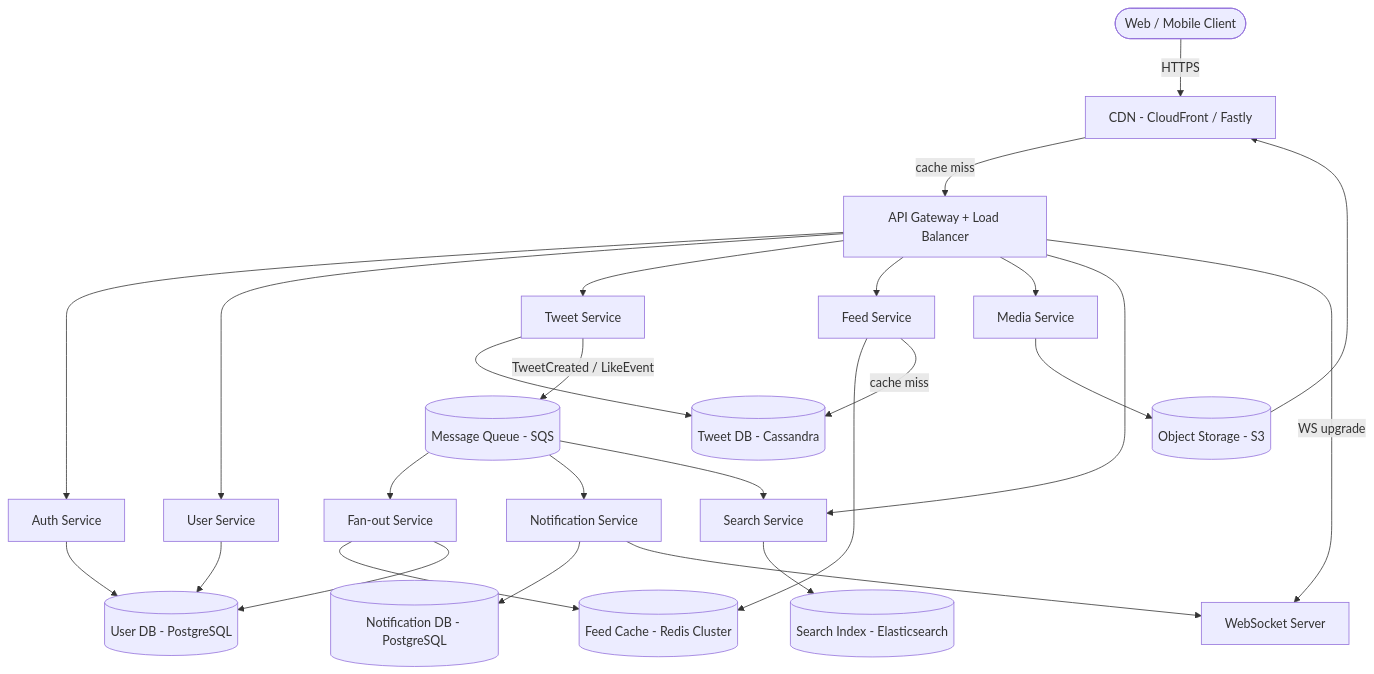
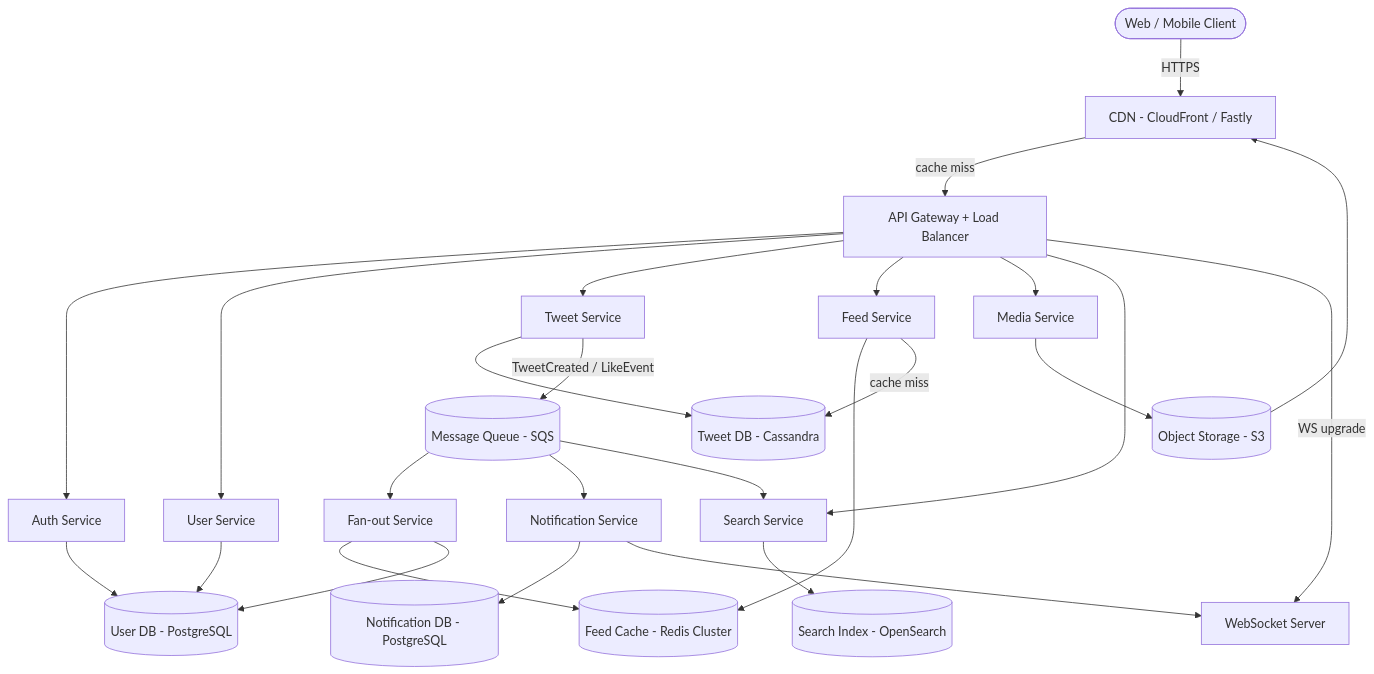
One commit to 01mi01/xcloud-api changed the fourth of 10 diagrams in docs/tech-document.md. Above: the diagram before and after it, drawn with Mermaid.

Commit message:
fix: update search index technology from Elasticsearch to OpenSearch

````diff
--- a/docs/tech-document.md
+++ b/docs/tech-document.md
@@ -397,59 +397,59 @@
 ```mermaid
 flowchart TD
     Client([Web / Mobile Client])
     CDN[CDN - CloudFront / Fastly]
     GW[API Gateway + Load Balancer]
 
     AuthSvc[Auth Service]
     UserSvc[User Service]
     TweetSvc[Tweet Service]
     FeedSvc[Feed Service]
     MediaSvc[Media Service]
     FanoutSvc[Fan-out Service]
     NotifSvc[Notification Service]
     SearchSvc[Search Service]
 
     MQ[(Message Queue - SQS)]
     Redis[(Feed Cache - Redis Cluster)]
     TweetDB[(Tweet DB - Cassandra)]
     UserDB[(User DB - PostgreSQL)]
     MediaStore[(Object Storage - S3)]
-    SearchIdx[(Search Index - Elasticsearch)]
+    SearchIdx[(Search Index - OpenSearch)]
     NotifDB[(Notification DB - PostgreSQL)]
 
     WSServer[WebSocket Server]
 
     Client -->|HTTPS| CDN
     CDN -->|cache miss| GW
     GW --> AuthSvc
     GW --> UserSvc
     GW --> TweetSvc
     GW --> FeedSvc
     GW --> MediaSvc
     GW --> SearchSvc
     GW -->|WS upgrade| WSServer
 
     AuthSvc --> UserDB
     UserSvc --> UserDB
 
     TweetSvc --> TweetDB
     TweetSvc -->|TweetCreated / LikeEvent| MQ
 
     FeedSvc --> Redis
     FeedSvc -->|cache miss| TweetDB
 
     MQ --> FanoutSvc
     MQ --> NotifSvc
     MQ --> SearchSvc
 
     FanoutSvc --> Redis
     FanoutSvc --> UserDB
 
     MediaSvc --> MediaStore
     MediaStore --> CDN
 
     NotifSvc --> NotifDB
     NotifSvc --> WSServer
 
     SearchSvc --> SearchIdx
 ```
````
